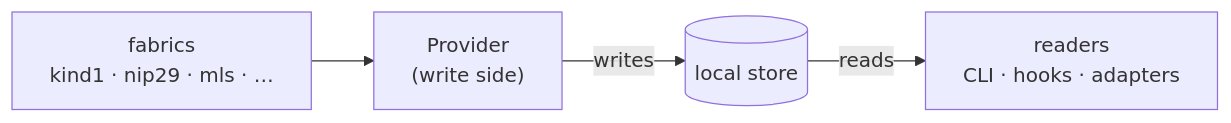
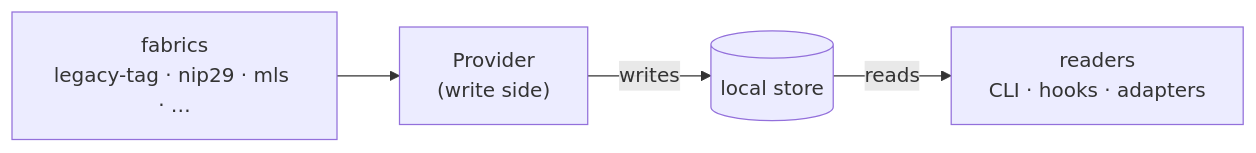
Before and after one commit to pablof7z/tenex-edge: the diagram in docs/fabric-architecture-overview.md, drawn with Mermaid. The commit also changed other lines of this file and 35 other files, not shown here.

````diff
--- a/docs/fabric-architecture-overview.md
+++ b/docs/fabric-architecture-overview.md
@@ -14,8 +14,8 @@
 ```mermaid
 flowchart LR
-    FABRICS["fabrics<br/>kind1 · nip29 · mls · …"]
+    FABRICS["fabrics<br/>legacy-tag · nip29 · mls · …"]
     PROVIDER["Provider<br/>(write side)"]
     STORE[("local store")]
     READERS["readers<br/>CLI · hooks · adapters"]
     FABRICS --> PROVIDER -- writes --> STORE -- reads --> READERS
 ```
````
